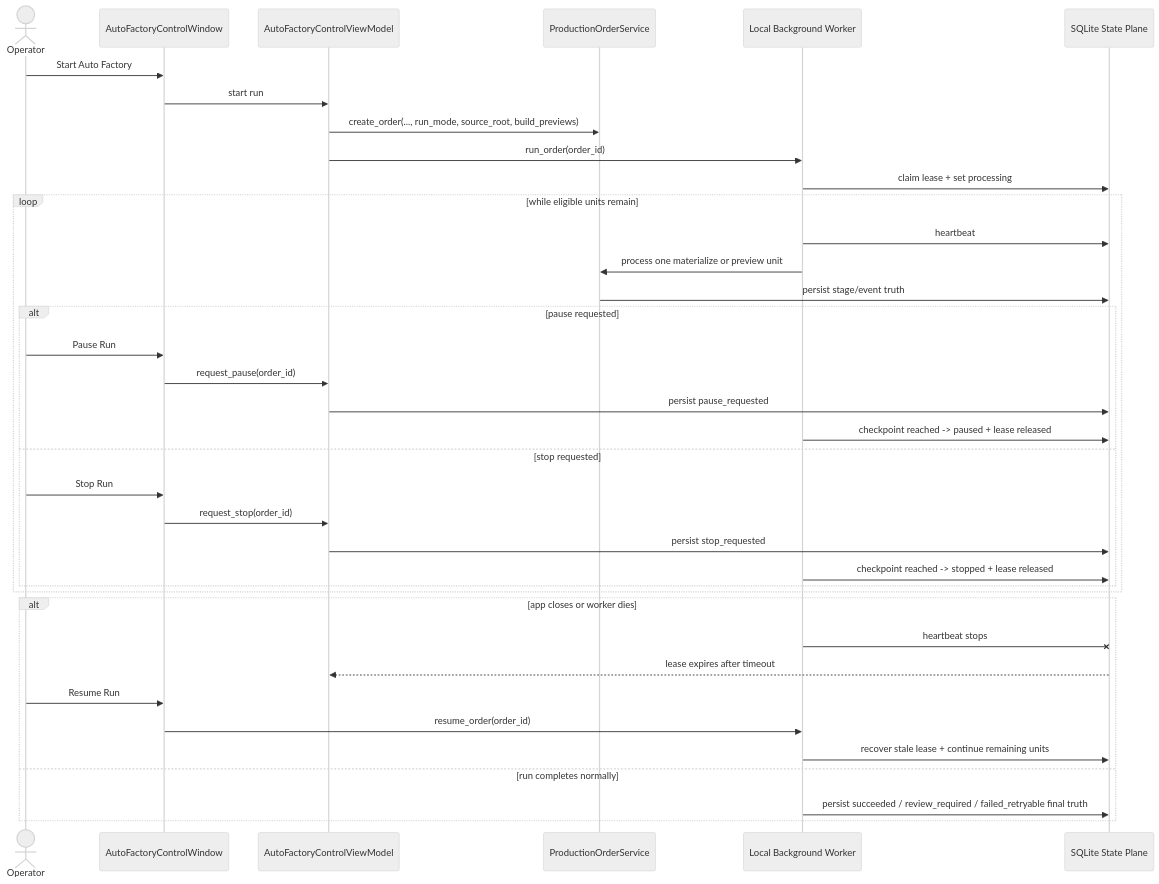
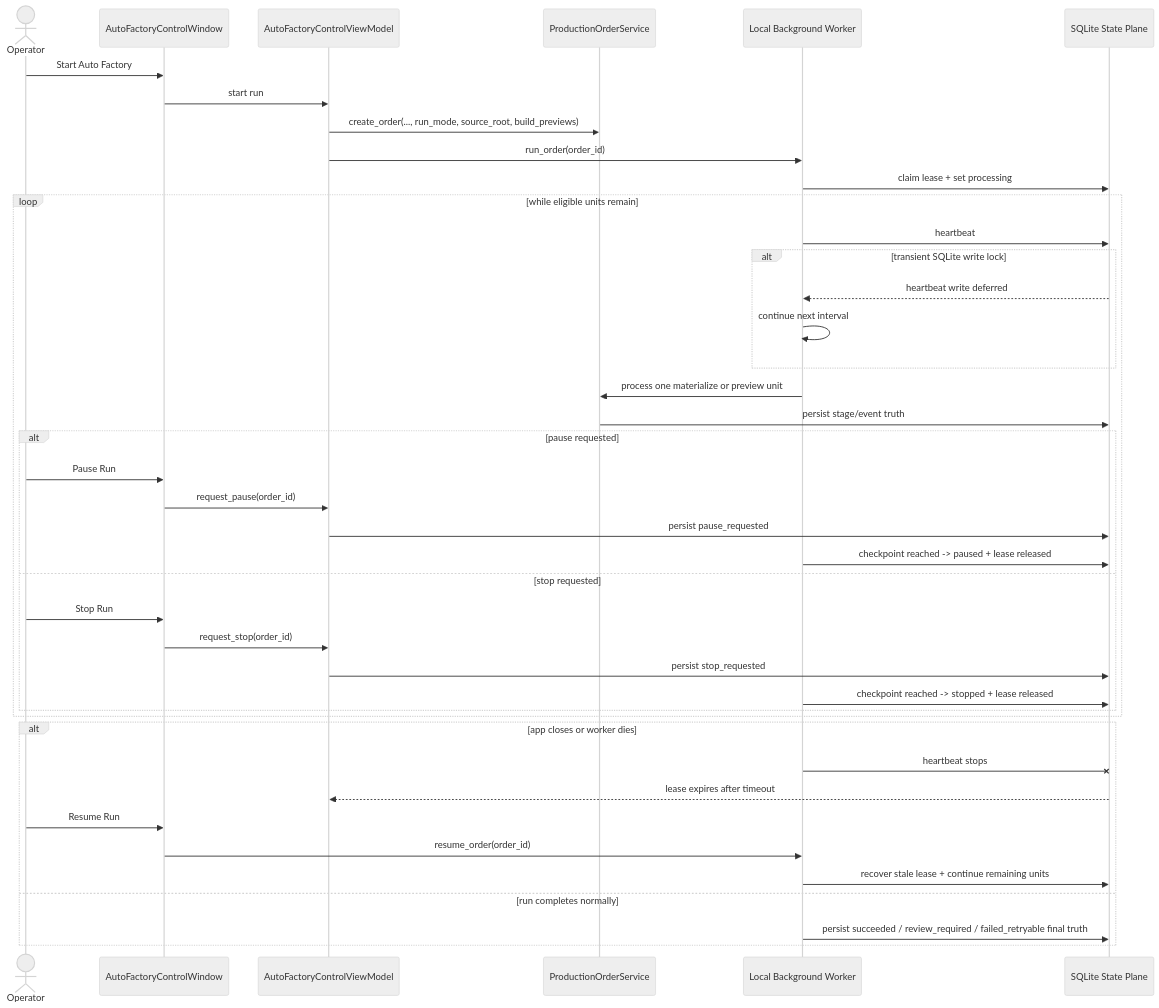
Before and after one commit to idev006/MTClipFactory: the second of 2 diagrams in doc/71_Auto_Factory_Persisted_Run_Control_Local_Worker_Baseline_2026-06-20.md, drawn with Mermaid (neutral theme). The commit also changed other lines of this file and 8 other files, not shown here.

Commit message:
Harden auto factory SQLite heartbeat writes

````diff
--- a/doc/71_Auto_Factory_Persisted_Run_Control_Local_Worker_Baseline_2026-06-20.md
+++ b/doc/71_Auto_Factory_Persisted_Run_Control_Local_Worker_Baseline_2026-06-20.md
@@ -140,40 +147,44 @@
 ```mermaid
 sequenceDiagram
     actor Operator
     participant View as AutoFactoryControlWindow
     participant VM as AutoFactoryControlViewModel
     participant OrderSvc as ProductionOrderService
     participant Worker as Local Background Worker
     participant State as SQLite State Plane
 
     Operator->>View: Start Auto Factory
     View->>VM: start run
     VM->>OrderSvc: create_order(..., run_mode, source_root, build_previews)
     VM->>Worker: run_order(order_id)
     Worker->>State: claim lease + set processing
     loop while eligible units remain
         Worker->>State: heartbeat
+        alt transient SQLite write lock
+            State-->>Worker: heartbeat write deferred
+            Worker->>Worker: continue next interval
+        end
         Worker->>OrderSvc: process one materialize or preview unit
         OrderSvc->>State: persist stage/event truth
         alt pause requested
             Operator->>View: Pause Run
             View->>VM: request_pause(order_id)
             VM->>State: persist pause_requested
             Worker->>State: checkpoint reached -> paused + lease released
         else stop requested
             Operator->>View: Stop Run
             View->>VM: request_stop(order_id)
             VM->>State: persist stop_requested
             Worker->>State: checkpoint reached -> stopped + lease released
         end
     end
     alt app closes or worker dies
         Worker-xState: heartbeat stops
         State-->>VM: lease expires after timeout
         Operator->>View: Resume Run
         View->>Worker: resume_order(order_id)
         Worker->>State: recover stale lease + continue remaining units
     else run completes normally
         Worker->>State: persist succeeded / review_required / failed_retryable final truth
     end
 ```
````
